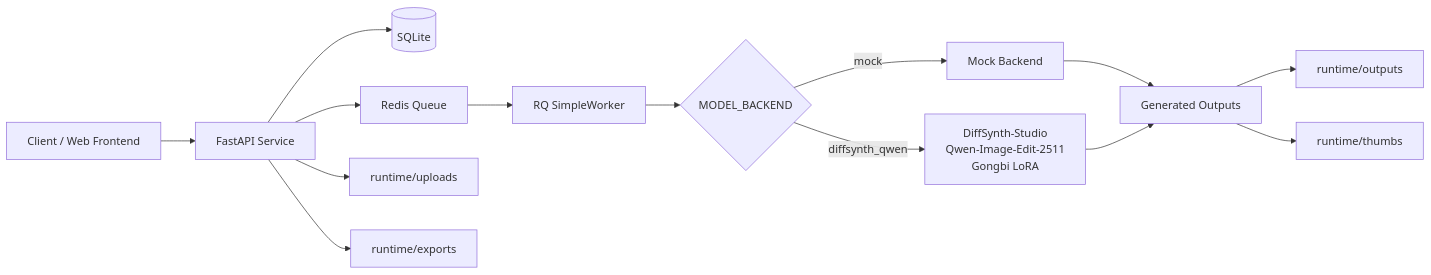
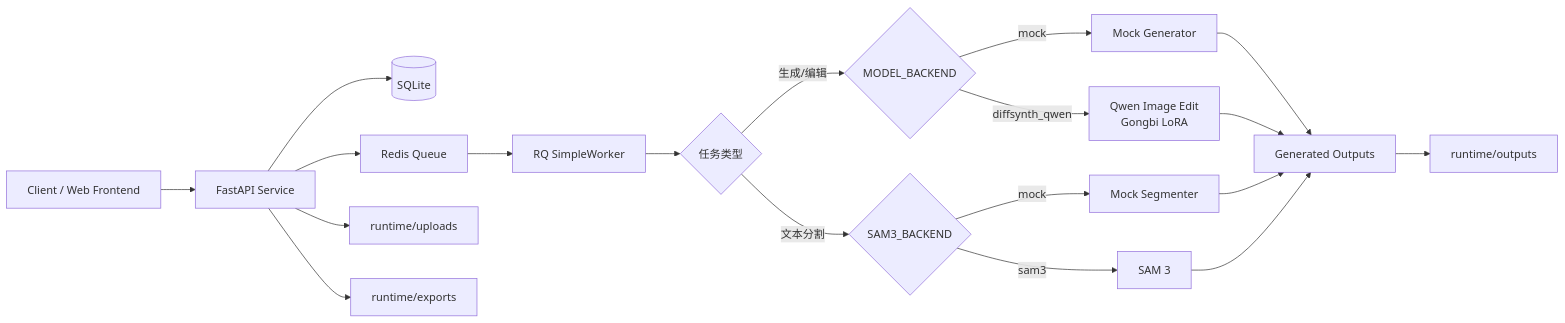
The first of 2 diagrams in README.md (SanJin-09/brushPainting), drawn with Mermaid before and after one commit. The commit also changed other lines of this file and 26 other files, not shown here.

````diff
--- a/README.md
+++ b/README.md
@@ -65,21 +68,27 @@
 ```mermaid
 flowchart LR
     A[Client / Web Frontend] --> B[FastAPI Service]
 
     B --> C[(SQLite)]
     B --> D[Redis Queue]
 
     D --> E[RQ SimpleWorker]
-    E --> F{MODEL_BACKEND}
+    E --> F{任务类型}
 
-    F -->|mock| G[Mock Backend]
-    F -->|diffsynth_qwen| H[DiffSynth-Studio<br/>Qwen-Image-Edit-2511<br/>Gongbi LoRA]
+    F -->|生成/编辑| G{MODEL_BACKEND}
+    F -->|文本分割| H{SAM3_BACKEND}
 
-    G --> I[Generated Outputs]
-    H --> I
+    G -->|mock| I[Mock Generator]
+    G -->|diffsynth_qwen| J[Qwen Image Edit<br/>Gongbi LoRA]
+    H -->|mock| K[Mock Segmenter]
+    H -->|sam3| L[SAM 3]
 
-    I --> J[runtime/outputs]
-    I --> K[runtime/thumbs]
-    B --> L[runtime/uploads]
-    B --> M[runtime/exports]
+    I --> M[Generated Outputs]
+    J --> M
+    K --> M
+    L --> M
+
+    M --> N[runtime/outputs]
+    B --> O[runtime/uploads]
+    B --> P[runtime/exports]
 ```
````
